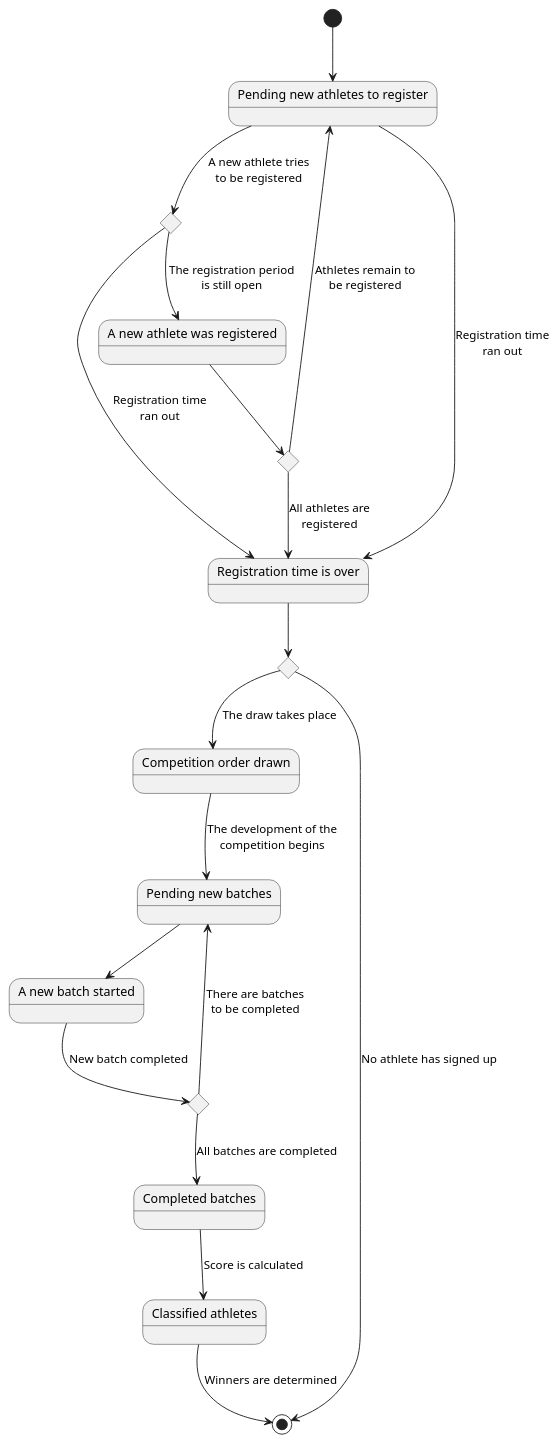
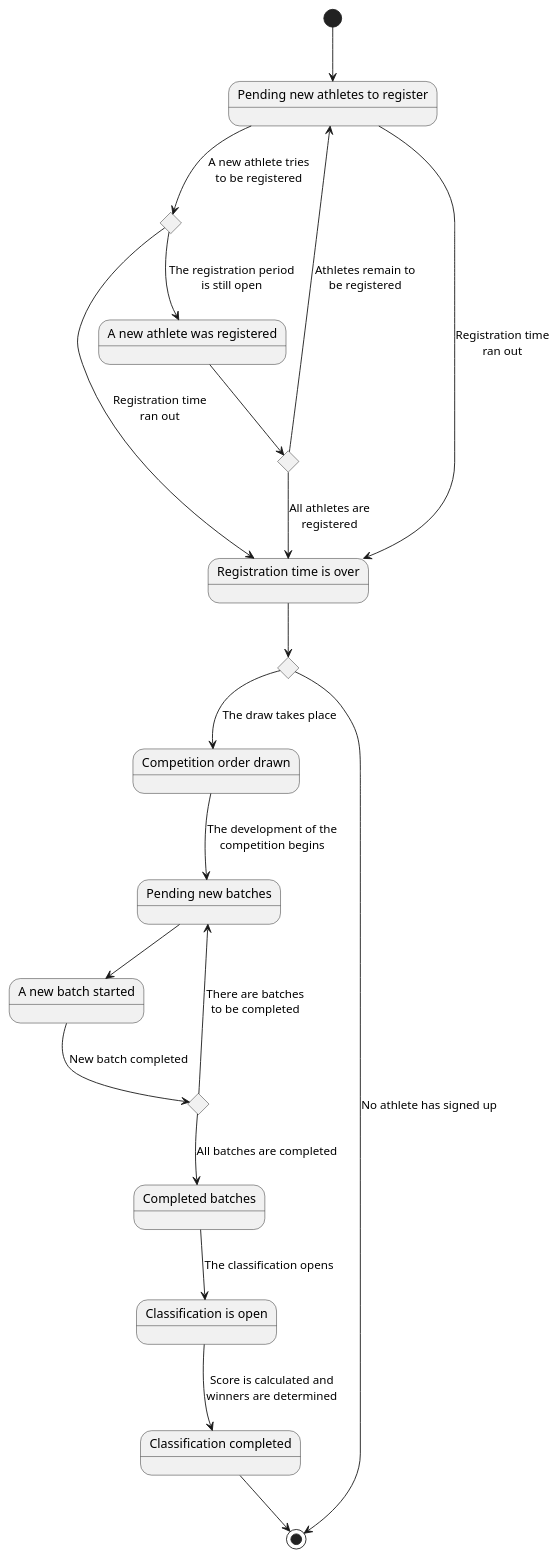
The diagram in diagrams/states/competitionStates.puml (zuldare/mastercloud_pfm_halterocms), drawn with PlantUML before and after one commit.

Commit message:
Improved classification related states

```diff
--- a/diagrams/states/competitionStates.puml
+++ b/diagrams/states/competitionStates.puml
@@ -1,37 +1,38 @@
 @startuml
 state "Pending new athletes to register" as PendingAthletesToRegister
 state "Is the registration time still open?" as IsRegistrationOpenCHC <<choice>>
 state "More athletes to register pending?" as MoreAthletesToRegisterCHC <<choice>>
 state "A new athlete was registered" as NewAthleteRegistered
 state "Registration time is over" as RegistrationTimeOver
 state "Is there any athlete registered?" as AnyAthletesRegisteredCHC <<choice>>
 state "Competition order drawn" as CompetitionOrderDrawn
 state "Pending new batches" as PendingNewBatch
 state "A new batch started" as StartedNewBatch
 state "More batches pending?" as MoreBatchesCHC <<choice>>
 state "Completed batches" as CompletedBatches
-state "Classified athletes" as ClassifiedAthletes
-
+state "Classification is open" as OpenClassification
+state "Classification completed" as CompletedClassification
 
 [*] --> PendingAthletesToRegister
 PendingAthletesToRegister --> IsRegistrationOpenCHC : A new athlete tries\nto be registered
 IsRegistrationOpenCHC --> RegistrationTimeOver : Registration time\nran out
 IsRegistrationOpenCHC --> NewAthleteRegistered : The registration period\nis still open
 NewAthleteRegistered --> MoreAthletesToRegisterCHC
 MoreAthletesToRegisterCHC --> PendingAthletesToRegister : Athletes remain to\nbe registered
 MoreAthletesToRegisterCHC --> RegistrationTimeOver : All athletes are\nregistered
 PendingAthletesToRegister --> RegistrationTimeOver : Registration time\nran out
 RegistrationTimeOver --> AnyAthletesRegisteredCHC
 AnyAthletesRegisteredCHC --> CompetitionOrderDrawn : The draw takes place
 AnyAthletesRegisteredCHC --> [*] : No athlete has signed up
 CompetitionOrderDrawn --> PendingNewBatch : The development of the\ncompetition begins
 
 PendingNewBatch --> StartedNewBatch
 StartedNewBatch --> MoreBatchesCHC : New batch completed
 
 MoreBatchesCHC --> PendingNewBatch : There are batches\nto be completed
 MoreBatchesCHC --> CompletedBatches : All batches are completed
 
-CompletedBatches --> ClassifiedAthletes : Score is calculated
-ClassifiedAthletes --> [*] : Winners are determined
+CompletedBatches --> OpenClassification : The classification opens
+OpenClassification --> CompletedClassification : Score is calculated and\nwinners are determined
+CompletedClassification --> [*]
 @enduml
```
